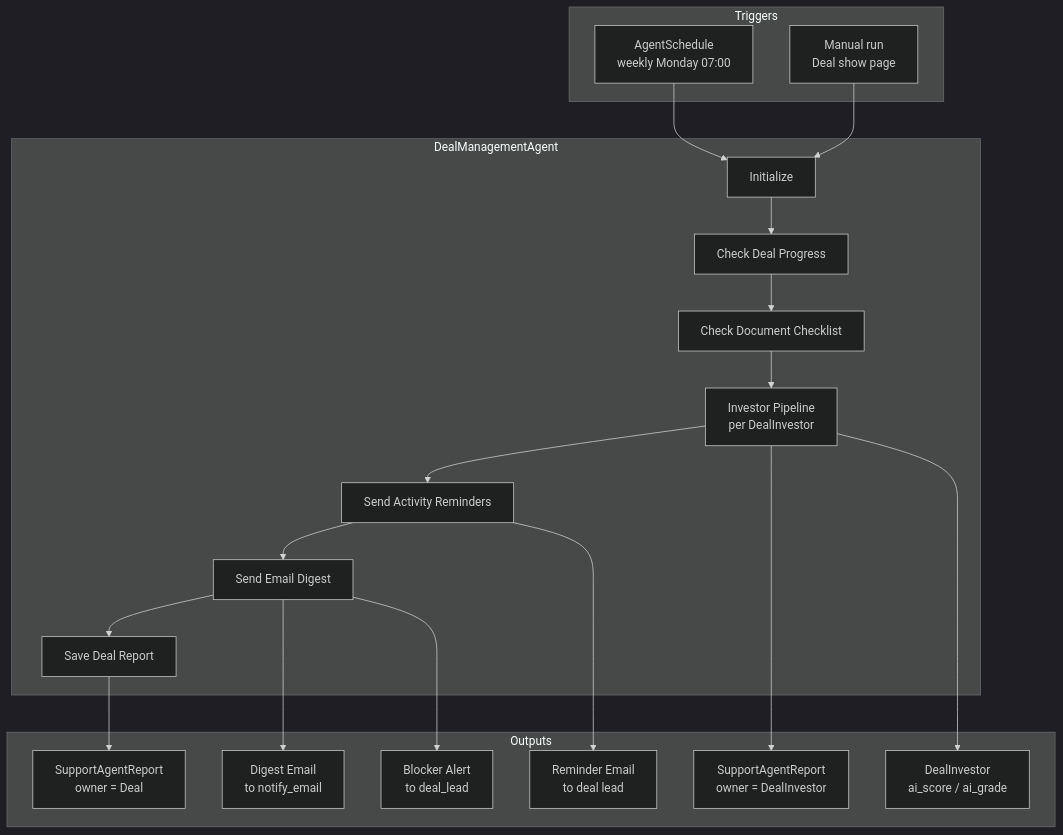
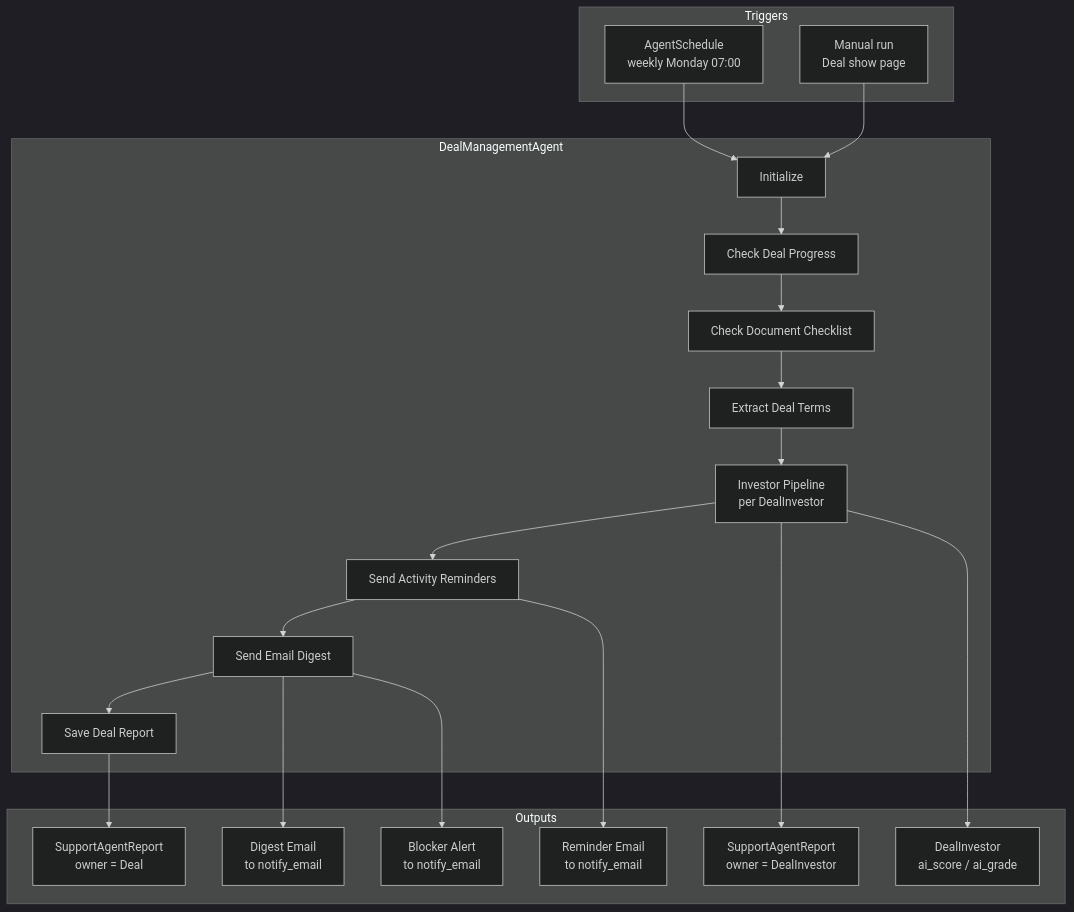
Before and after one commit to sampadadiwan/IRM_CompanyMain: the first of 8 diagrams in docs/ai/deal_management_agent_prd.md, drawn with Mermaid (dark theme). The commit also changed other lines of this file and 17 other files, not shown here.

````diff
--- a/docs/ai/deal_management_agent_prd.md
+++ b/docs/ai/deal_management_agent_prd.md
@@ -49,36 +50,37 @@
 ```mermaid
 graph TD
     subgraph Triggers
         Sched[AgentSchedule\nweekly Monday 07:00]
         Manual[Manual run\nDeal show page]
     end
 
     subgraph DealManagementAgent
         Init[Initialize]
         Progress[Check Deal Progress]
         Docs[Check Document Checklist]
+        Terms[Extract Deal Terms]
         InvPipeline[Investor Pipeline\nper DealInvestor]
         Reminders[Send Activity Reminders]
         Digest[Send Email Digest]
         SaveDeal[Save Deal Report]
     end
 
     subgraph Outputs
         DealReport[SupportAgentReport\nowner = Deal]
         InvReport[SupportAgentReport\nowner = DealInvestor]
         ScoreWB[DealInvestor\nai_score / ai_grade]
-        ReminderEmail[Reminder Email\nto deal lead]
+        ReminderEmail[Reminder Email\nto notify_email]
         DigestEmail[Digest Email\nto notify_email]
-        AlertEmail[Blocker Alert\nto deal_lead]
+        AlertEmail[Blocker Alert\nto notify_email]
     end
 
     Sched --> Init
     Manual --> Init
-    Init --> Progress --> Docs --> InvPipeline --> Reminders --> Digest --> SaveDeal
+    Init --> Progress --> Docs --> Terms --> InvPipeline --> Reminders --> Digest --> SaveDeal
     SaveDeal --> DealReport
     InvPipeline --> InvReport
     InvPipeline --> ScoreWB
     Reminders --> ReminderEmail
     Digest --> DigestEmail
     Digest --> AlertEmail
 ```
````
